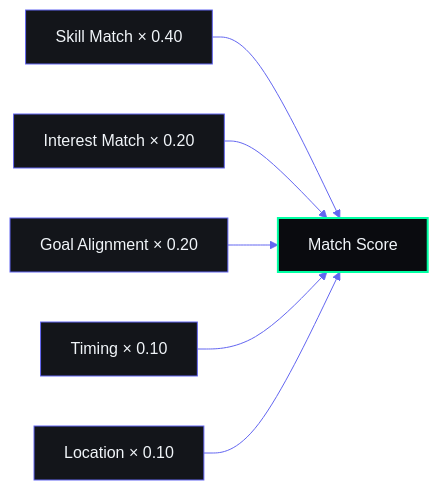
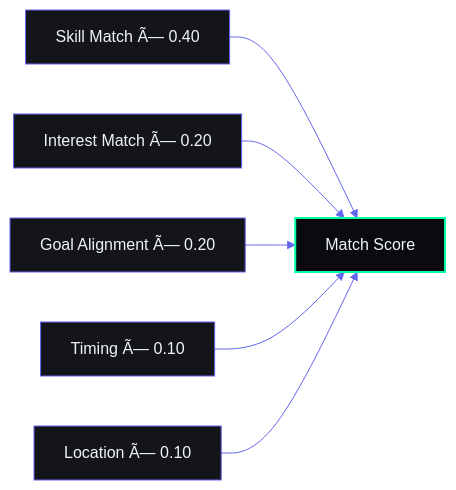
One commit to rohitkumarnaidu/ARIA-OS---SecondBrain- changed diagram 23 of 35 in docs/design/InformationArchitecture.md. Above: the diagram before and after it, drawn with Mermaid. The commit also changed other lines of this file and 9 other files, not shown here.

````diff
--- a/docs/design/InformationArchitecture.md
+++ b/docs/design/InformationArchitecture.md
@@ -1799,15 +1799,15 @@
 ```mermaid
 %%{init: {'theme': 'base', 'themeVariables': {'background': '#0A0B0F', 'primaryColor': '#13151A', 'primaryBorderColor': '#6366F1', 'primaryTextColor': '#F1F5F9', 'lineColor': '#6366F1', 'secondaryColor': '#1A1D24', 'tertiaryColor': '#0A0B0F', 'fontFamily': 'DM Sans'}}}%%
 flowchart LR
-    SM[Skill Match × 0.40] --> MS[Match Score]
-    IM[Interest Match × 0.20] --> MS
-    GA[Goal Alignment × 0.20] --> MS
-    TM[Timing × 0.10] --> MS
-    LC[Location × 0.10] --> MS
+    SM[Skill Match Ã— 0.40] --> MS[Match Score]
+    IM[Interest Match Ã— 0.20] --> MS
+    GA[Goal Alignment Ã— 0.20] --> MS
+    TM[Timing Ã— 0.10] --> MS
+    LC[Location Ã— 0.10] --> MS
     style MS fill:#0A0B0F,stroke:#00FFA3,color:#F1F5F9,stroke-width:2px
     style SM fill:#13151A,stroke:#6366F1,color:#F1F5F9
     style IM fill:#13151A,stroke:#6366F1,color:#F1F5F9
     style GA fill:#13151A,stroke:#6366F1,color:#F1F5F9
     style TM fill:#13151A,stroke:#6366F1,color:#F1F5F9
     style LC fill:#13151A,stroke:#6366F1,color:#F1F5F9
 ```
````
